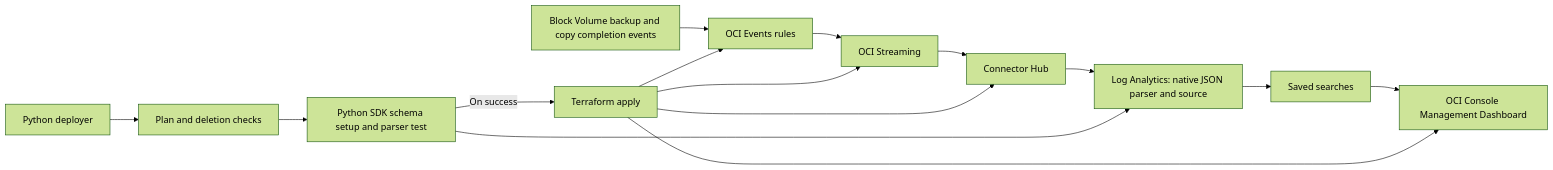
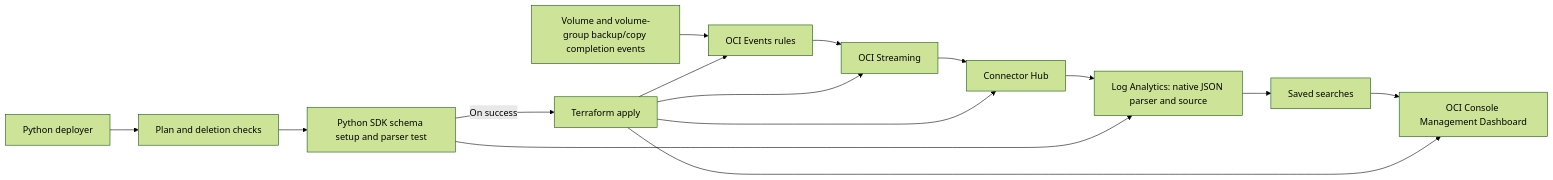
The diagram in README.md (aszynkow/oci_dashboards), drawn with Mermaid (forest theme) before and after one commit. The commit also changed other lines of this file and 19 other files, not shown here.

````diff
--- a/README.md
+++ b/README.md
@@ -5,17 +5,17 @@
 ```mermaid
 flowchart LR
-  B[Block Volume backup and copy completion events] --> R[OCI Events rules]
+  B[Volume and volume-group backup/copy completion events] --> R[OCI Events rules]
   R --> S[OCI Streaming]
   S --> C[Connector Hub]
   C --> L[Log Analytics: native JSON parser and source]
   L --> Q[Saved searches]
   Q --> D[OCI Console Management Dashboard]
   T[Terraform apply] --> R
   T --> S
   T --> C
   T --> D
   P[Python deployer] --> V[Plan and deletion checks]
   V --> S1[Python SDK schema setup and parser test]
   S1 --> L
   S1 -->|On success| T
 ```
````
